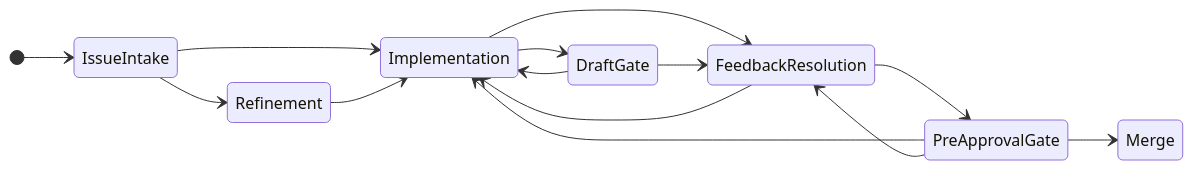
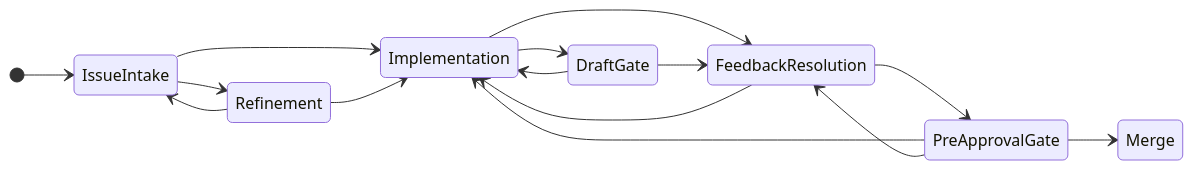
Before and after one commit to mfittko/dev-loops: the second of 4 diagrams in docs/articles/the-state-graph-is-the-surface.md, drawn with Mermaid. The commit also changed other lines of this file and 1 other file, not shown here.

First line of the commit message:
docs(state-graph): correct two claims the contracts do not support

````diff
--- a/docs/articles/the-state-graph-is-the-surface.md
+++ b/docs/articles/the-state-graph-is-the-surface.md
@@ -127,17 +127,18 @@
 ```mermaid
 stateDiagram-v2
   direction LR
   [*] --> IssueIntake
   IssueIntake --> Refinement
   IssueIntake --> Implementation
+  Refinement --> IssueIntake
   Refinement --> Implementation
   Implementation --> DraftGate
   Implementation --> FeedbackResolution
   DraftGate --> Implementation
   DraftGate --> FeedbackResolution
   FeedbackResolution --> Implementation
   FeedbackResolution --> PreApprovalGate
   PreApprovalGate --> Implementation
   PreApprovalGate --> FeedbackResolution
   PreApprovalGate --> Merge
 ```
````
